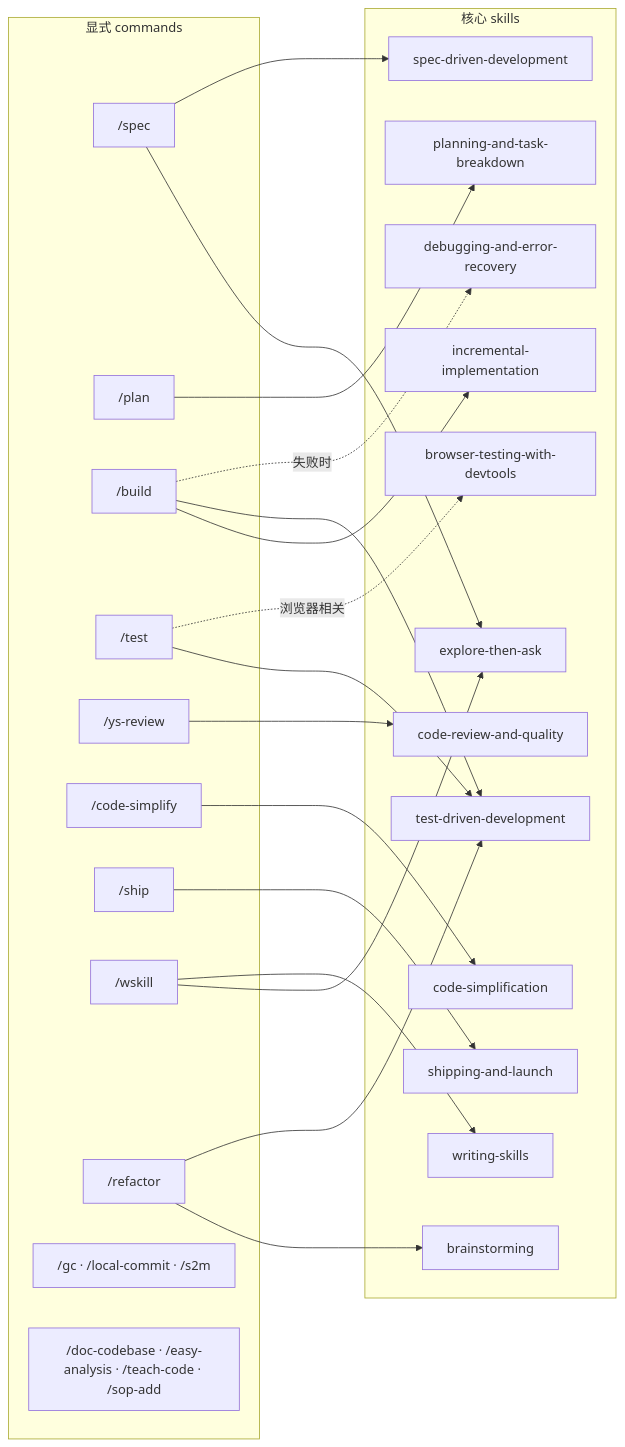
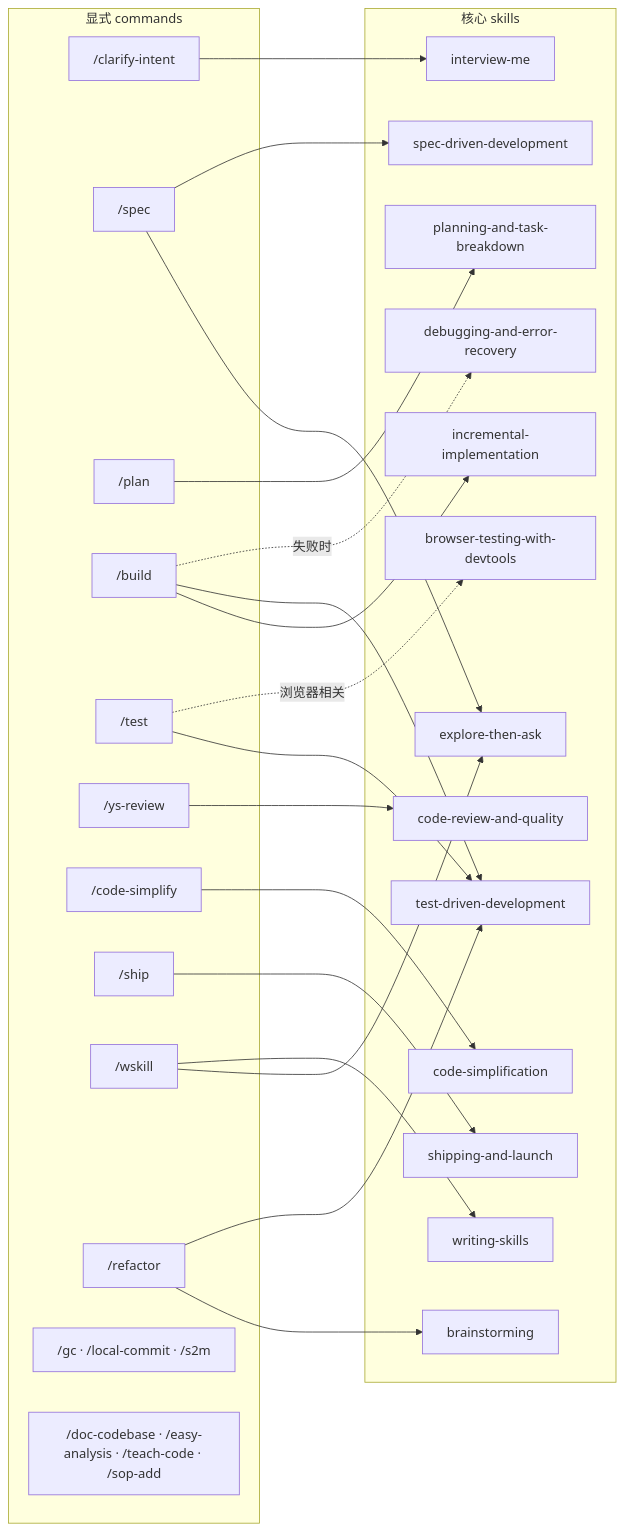
The second of 2 diagrams in README.md (carl10086/ys-powers), drawn with Mermaid before and after one commit. The commit also changed other lines of this file, not shown here.

First line of the commit message:
docs(readme): update workflow for clarify-intent and counts

````diff
--- a/README.md
+++ b/README.md
@@ -104,47 +107,50 @@
 ```mermaid
 flowchart LR
     subgraph Commands["显式 commands"]
+        clarify["/clarify-intent"]
         spec["/spec"]
         plan["/plan"]
         build["/build"]
         test["/test"]
         review["/ys-review"]
         simplify["/code-simplify"]
         ship["/ship"]
         wskill["/wskill"]
         refactor["/refactor"]
         git["/gc · /local-commit · /s2m"]
         docs["/doc-codebase · /easy-analysis · /teach-code · /sop-add"]
     end
 
     subgraph Skills["核心 skills"]
+        interview["interview-me"]
         explore["explore-then-ask"]
         specdev["spec-driven-development"]
         planning["planning-and-task-breakdown"]
         incremental["incremental-implementation"]
         tdd["test-driven-development"]
         browser["browser-testing-with-devtools"]
         quality["code-review-and-quality"]
         codesimp["code-simplification"]
         shipping["shipping-and-launch"]
         writing["writing-skills"]
         brainstorm["brainstorming"]
         debug["debugging-and-error-recovery"]
     end
 
+    clarify --> interview
     spec --> explore
     spec --> specdev
     plan --> planning
     build --> incremental
     build --> tdd
     build -.失败时.-> debug
     test --> tdd
     test -.浏览器相关.-> browser
     review --> quality
     simplify --> codesimp
     ship --> shipping
     wskill --> explore
     wskill --> writing
     refactor --> brainstorm
     refactor --> tdd
 ```
````
